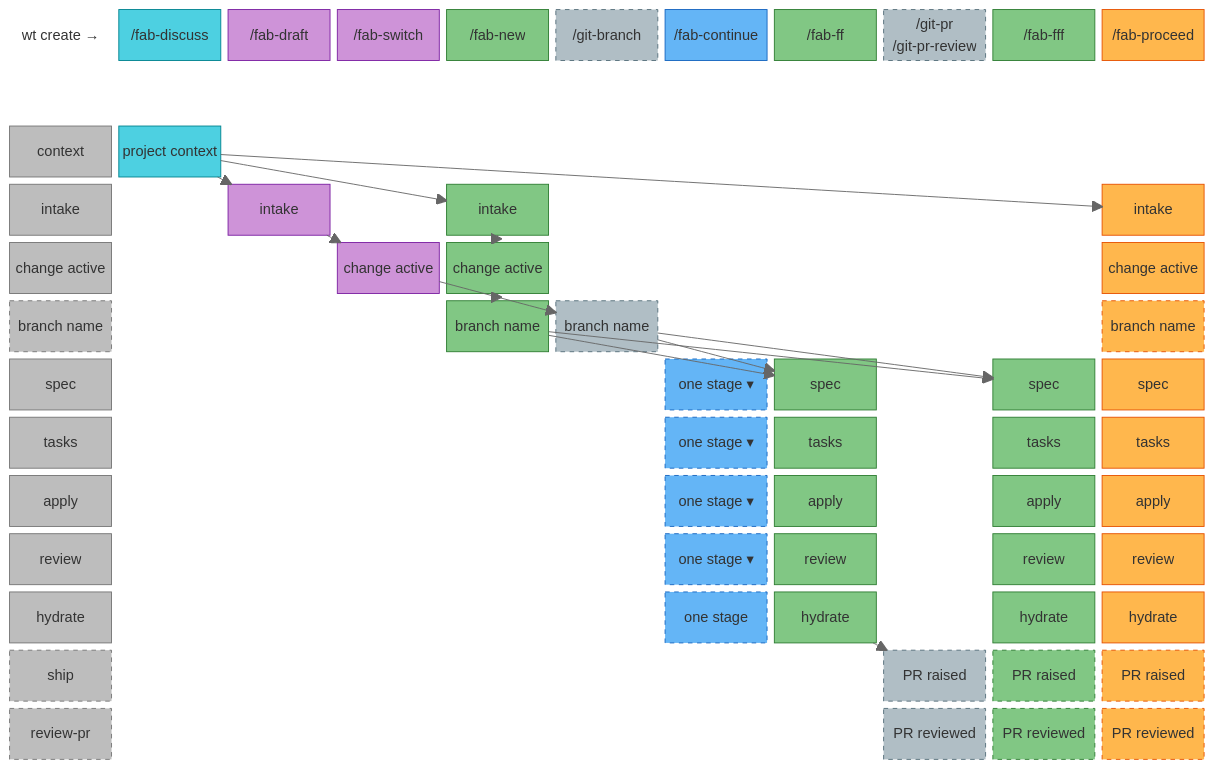
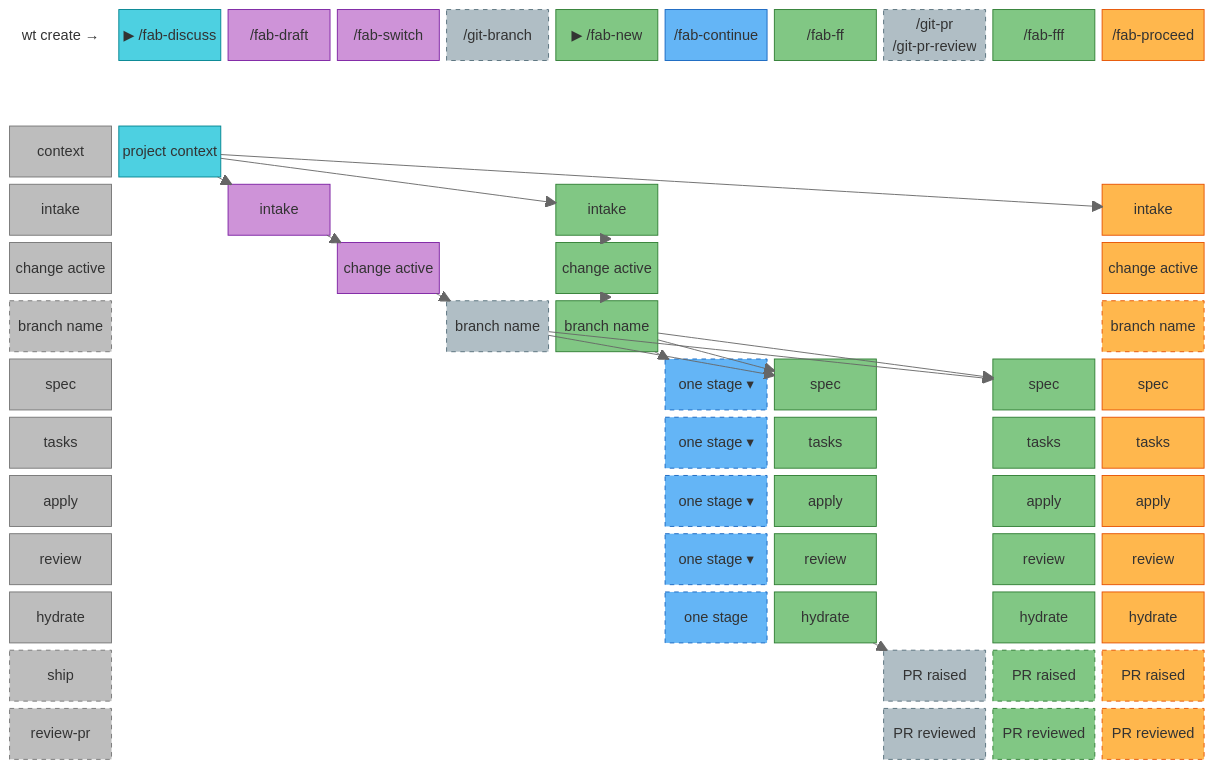
One commit to sahil87/fab-kit changed the second of 2 diagrams in README.md. Above: the diagram before and after it, drawn with Mermaid (neutral theme).

Commit message:
docs: update stage coverage diagram — fab-new covers branch, entry point markers
- Move /git-branch column before /fab-new
- Add branch-name box in /fab-new column (green, solid)
- Add ▶ markers to /fab-discuss and /fab-new headers as entry points
- Merge with upstream 8-stage README updates

```diff
--- a/README.md
+++ b/README.md
@@ -411,14 +411,14 @@
 block-beta
     columns 12
 
-    hdr_label["wt create →"]:1 hdr_discuss["/fab-discuss"] hdr_draft["/fab-draft"] hdr_switch["/fab-switch"] hdr_new["/fab-new"] hdr_branch["/git-branch"] hdr_continue["/fab-continue"] hdr_ff["/fab-ff"] hdr_gitpr["/git-pr \n /git-pr-review"] hdr_fff["/fab-fff"] hdr_proceed["/fab-proceed"] space:1
+    hdr_label["wt create →"]:1 hdr_discuss["▶ /fab-discuss"] hdr_draft["/fab-draft"] hdr_switch["/fab-switch"] hdr_branch["/git-branch"] hdr_new["▶ /fab-new"] hdr_continue["/fab-continue"] hdr_ff["/fab-ff"] hdr_gitpr["/git-pr \n /git-pr-review"] hdr_fff["/fab-fff"] hdr_proceed["/fab-proceed"] space:1
 
     space:12
 
     row_ctx["context"]:1 discuss_ctx["project context"]:1 space:10
-    row_intake["intake"]:1 space:1 draft_intake["intake"]:1 space:1 new_intake["intake"]:1 space:5 proceed_intake["intake"]:1 space:1
-    row_active["change active"]:1 space:2 switch_active["change active"]:1 new_active["change active"]:1 space:1 space:4 proceed_active["change active"]:1 space:1
-    row_branch["branch name"]:1 space:3 new_branch["branch name"]:1 branch_branch["branch name"]:1 space:4 proceed_branch["branch name"]:1 space:1
+    row_intake["intake"]:1 space:1 draft_intake["intake"]:1 space:2 new_intake["intake"]:1 space:4 proceed_intake["intake"]:1 space:1
+    row_active["change active"]:1 space:2 switch_active["change active"]:1 space:1 new_active["change active"]:1 space:4 proceed_active["change active"]:1 space:1
+    row_branch["branch name"]:1 space:3 branch_branch["branch name"]:1 new_branch["branch name"]:1 space:4 proceed_branch["branch name"]:1 space:1
     row_spec["spec"]:1 space:5 cont_spec["one stage ▾"]:1 ff_spec["spec"]:1 space:1 fff_spec["spec"]:1 proceed_spec["spec"]:1 space:1
     row_tasks["tasks"]:1 space:5 cont_tasks["one stage ▾"]:1 ff_tasks["tasks"]:1 space:1 fff_tasks["tasks"]:1 proceed_tasks["tasks"]:1 space:1
     row_apply["apply"]:1 space:5 cont_apply["one stage ▾"]:1 ff_apply["apply"]:1 space:1 fff_apply["apply"]:1 proceed_apply["apply"]:1 space:1
@@ -435,6 +435,7 @@
     discuss_ctx --> proceed_intake
     draft_intake --> switch_active
     switch_active --> branch_branch
+    new_branch --> cont_spec
     new_branch --> ff_spec
     new_branch --> fff_spec
     branch_branch --> ff_spec
@@ -476,7 +477,7 @@
     %% fab-switch (Change lifecycle — purple)
     style switch_active fill:#ce93d8,stroke:#7B1FA2,color:#1a1a1a
 
-    %% fab-new (Automation — green, creates intake + activates + branch)
+    %% fab-new (Automation — green, creates intake + activates + branches)
     style new_intake fill:#81c784,stroke:#2E7D32,color:#1a1a1a
     style new_active fill:#81c784,stroke:#2E7D32,color:#1a1a1a
     style new_branch fill:#81c784,stroke:#2E7D32,color:#1a1a1a
```
